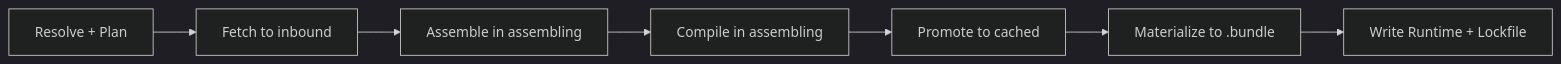
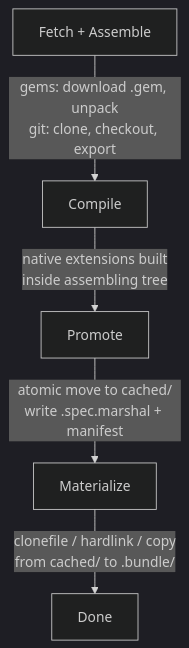
One commit to tobi/scint changed the first of 2 diagrams in README.md. Above: the diagram before and after it, drawn with Mermaid (dark theme). The commit also changed other lines of this file and 20 other files, not shown here.

````diff
--- a/README.md
+++ b/README.md
@@ -121,9 +34,12 @@
 ```mermaid
-flowchart LR
-    A[Resolve + Plan] --> B[Fetch to inbound]
-    B --> C[Assemble in assembling]
-    C --> D[Compile in assembling]
-    D --> E[Promote to cached]
-    E --> F[Materialize to .bundle]
-    F --> G[Write Runtime + Lockfile]
+flowchart TD
+    A["Fetch + Assemble"]
+    B[Compile]
+    C[Promote]
+    D[Materialize]
+
+    A -->|"gems: download .gem, unpack\ngit: clone, checkout, export"| B
+    B -->|"native extensions built\ninside assembling tree"| C
+    C -->|"atomic move to cached/\nwrite .spec.marshal + manifest"| D
+    D -->|"clonefile / hardlink / copy\nfrom cached/ to .bundle/"| E[Done]
 ```
````
